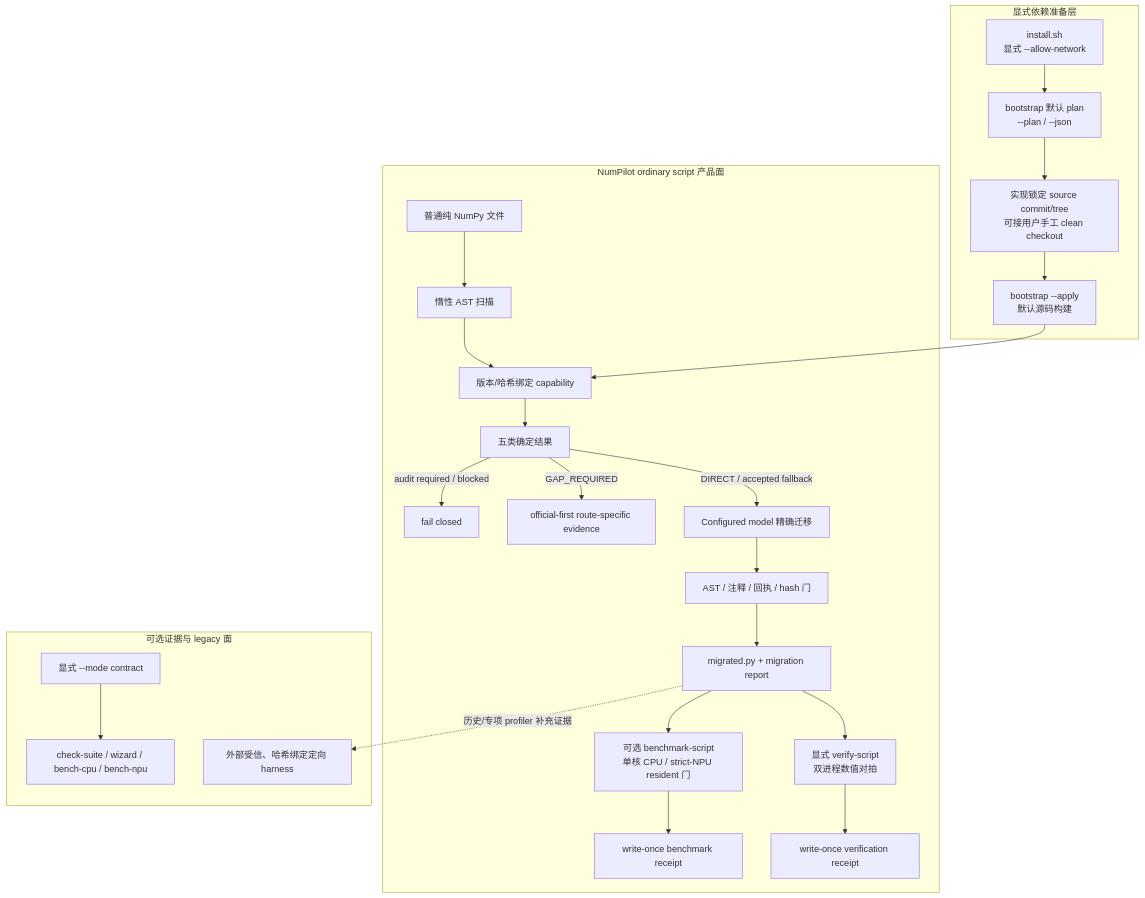
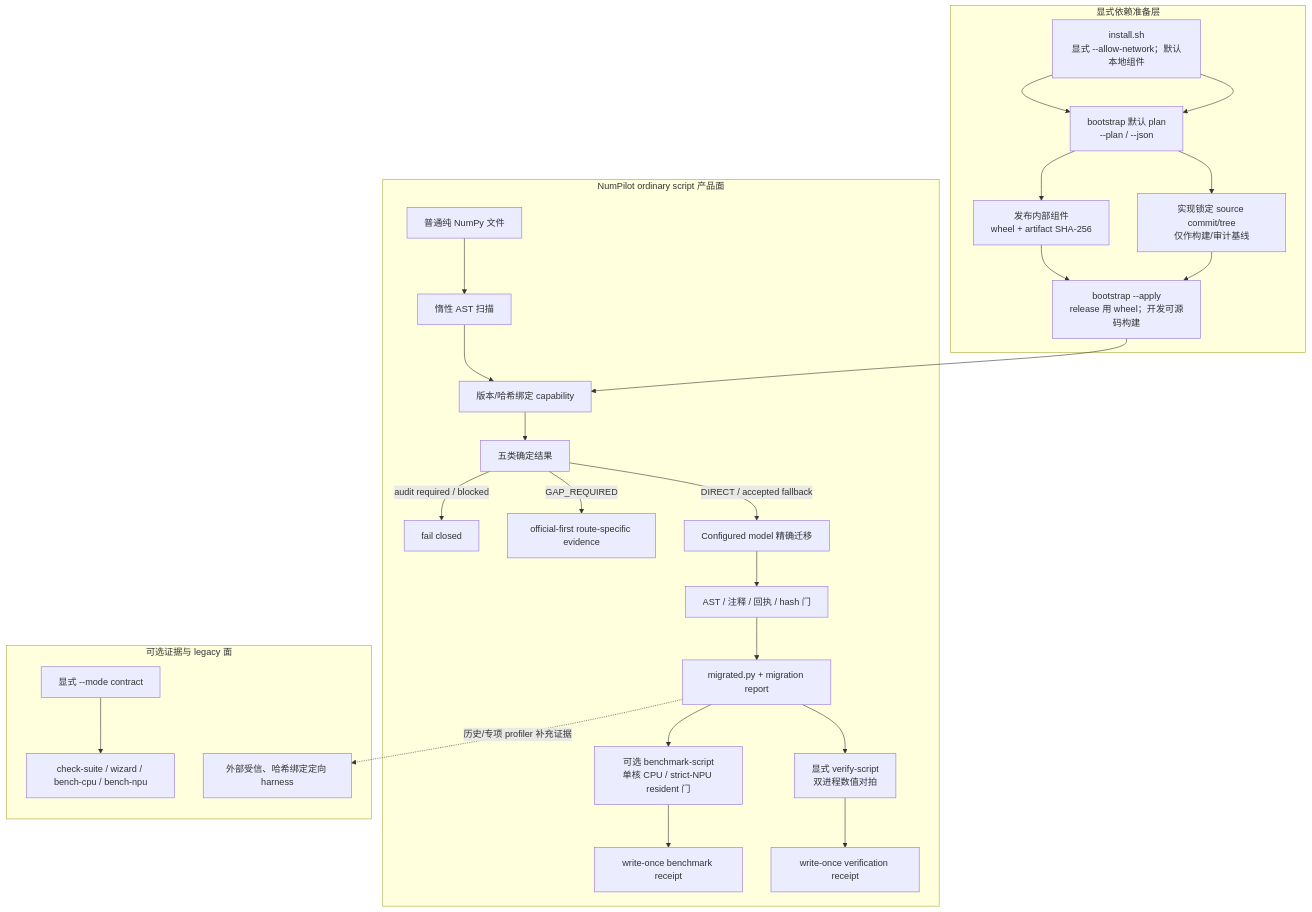
The first of 2 diagrams in docs/architecture.md (DEGger21/numpilot), drawn with Mermaid before and after one commit. The commit also changed other lines of this file and 110 other files, not shown here.

````diff
--- a/docs/architecture.md
+++ b/docs/architecture.md
@@ -37,40 +47,42 @@
 ```mermaid
 flowchart TB
   subgraph Bootstrap[显式依赖准备层]
-    INSTALL[install.sh<br/>显式 --allow-network]
+    INSTALL[install.sh<br/>显式 --allow-network；默认本地组件]
     PLAN[bootstrap 默认 plan<br/>--plan / --json]
-    LOCK[实现锁定 source commit/tree<br/>可接用户手工 clean checkout]
-    APPLY[bootstrap --apply<br/>默认源码构建]
+    LOCK[实现锁定 source commit/tree<br/>仅作构建/审计基线]
+    WHEEL[发布内部组件<br/>wheel + artifact SHA-256]
+    APPLY[bootstrap --apply<br/>release 用 wheel；开发可源码构建]
     INSTALL --> PLAN --> LOCK --> APPLY
+    INSTALL --> PLAN --> WHEEL --> APPLY
   end
 
   subgraph Product[NumPilot ordinary script 产品面]
     SRC[普通纯 NumPy 文件]
     SCAN[惰性 AST 扫描]
     CAP[版本/哈希绑定 capability]
     DECIDE[五类确定结果]
     MODEL[Configured model 精确迁移]
     AUDIT[AST / 注释 / 回执 / hash 门]
     ARTIFACT[migrated.py + migration report]
     VERIFY[显式 verify-script<br/>双进程数值对拍]
     VRECEIPT[write-once verification receipt]
     BENCH[可选 benchmark-script<br/>单核 CPU / strict-NPU resident 门]
     BRECEIPT[write-once benchmark receipt]
     SRC --> SCAN --> CAP --> DECIDE
     DECIDE -->|DIRECT / accepted fallback| MODEL --> AUDIT --> ARTIFACT
     DECIDE -->|GAP_REQUIRED| GAP[official-first route-specific evidence]
     DECIDE -->|audit required / blocked| STOP[fail closed]
     ARTIFACT --> VERIFY --> VRECEIPT
     ARTIFACT --> BENCH --> BRECEIPT
   end
 
   subgraph Optional[可选证据与 legacy 面]
     HARNESS[外部受信、哈希绑定定向 harness]
     CONTRACT[显式 --mode contract]
     TOOLS[check-suite / wizard / bench-cpu / bench-npu]
     CONTRACT --> TOOLS
   end
 
   APPLY --> CAP
   ARTIFACT -.->|历史/专项 profiler 补充证据| HARNESS
 ```
````
